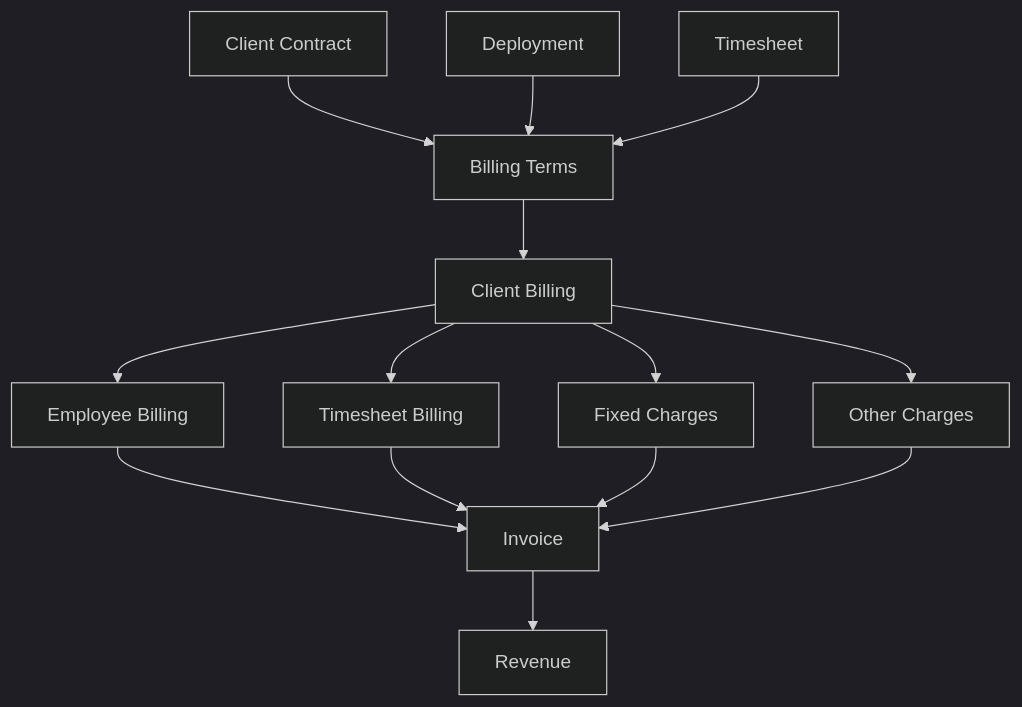
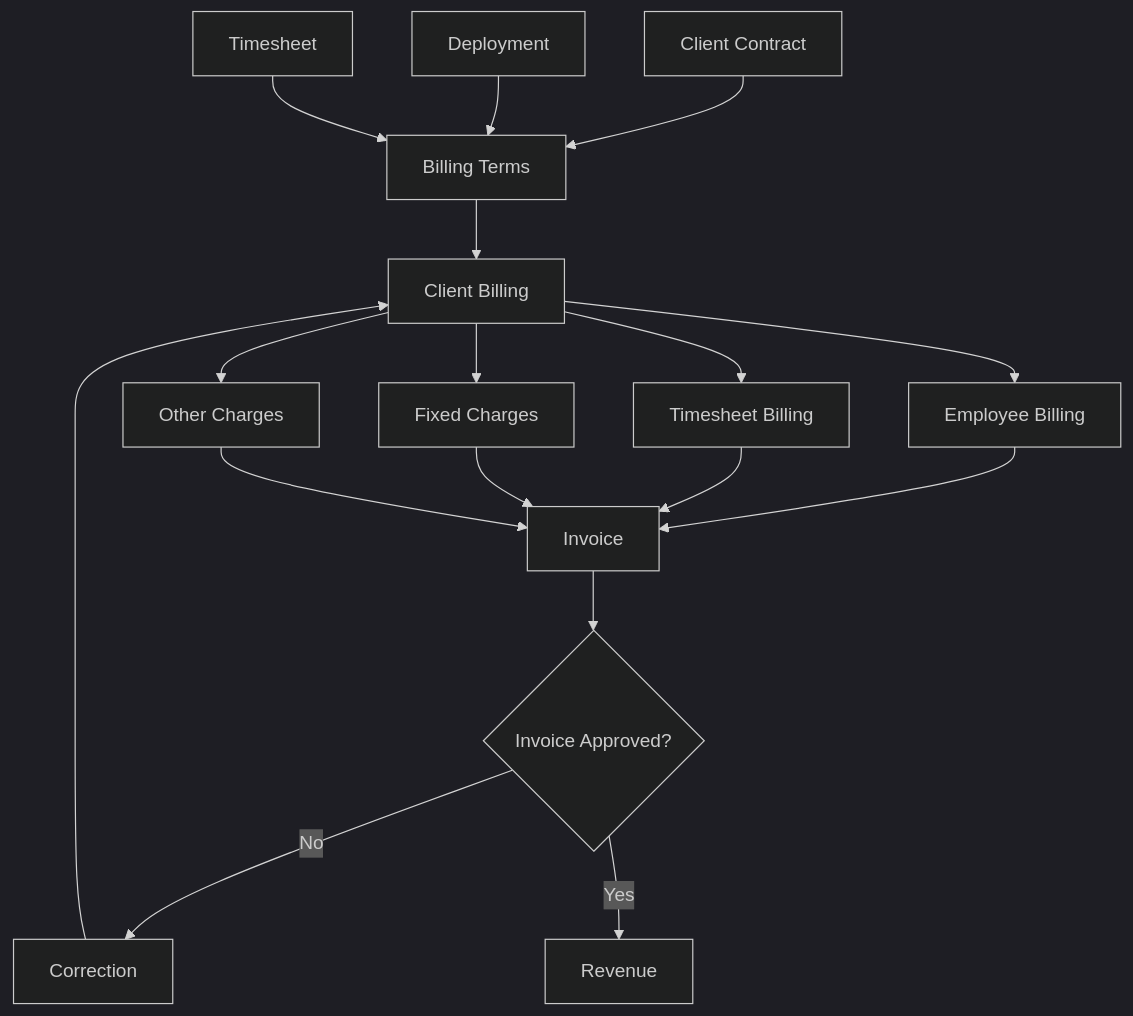
Before and after one commit to Plug0007/erpnext-niglobal: diagram 17 of 25 in README.md, drawn with Mermaid (dark theme). The commit also changed other lines of this file, not shown here.

````diff
--- a/README.md
+++ b/README.md
@@ -866,28 +989,30 @@
 ```mermaid
 flowchart TD
     %% =========================================================
     %% CLIENT BILLING
     %% Revenue generation.
     %% =========================================================
 
-    A[Client Contract] --> B[Billing Terms]
-    C[Deployment] --> B
-    D[Timesheet] --> B
+    A["Client Contract"]
+    A --> B["Billing Terms"]
 
-    %% Billing record.
-    B --> E[Client Billing]
+    C["Deployment"] --> B
+    D["Timesheet"] --> B
 
-    %% Billable components.
-    E --> F[Employee Billing]
-    E --> G[Timesheet Billing]
-    E --> H[Fixed Charges]
-    E --> I[Other Charges]
+    B --> E["Client Billing"]
 
-    %% Standard accounting invoice.
-    F --> J[Invoice]
+    E --> F["Employee Billing"]
+    E --> G["Timesheet Billing"]
+    E --> H["Fixed Charges"]
+    E --> I["Other Charges"]
+
+    F --> J["Invoice"]
     G --> J
     H --> J
     I --> J
 
-    J --> K[Revenue]
+    J --> K{"Invoice Approved?"}
+    K -->|No| L["Correction"]
+    L --> E
+    K -->|Yes| M["Revenue"]
 ```
````
